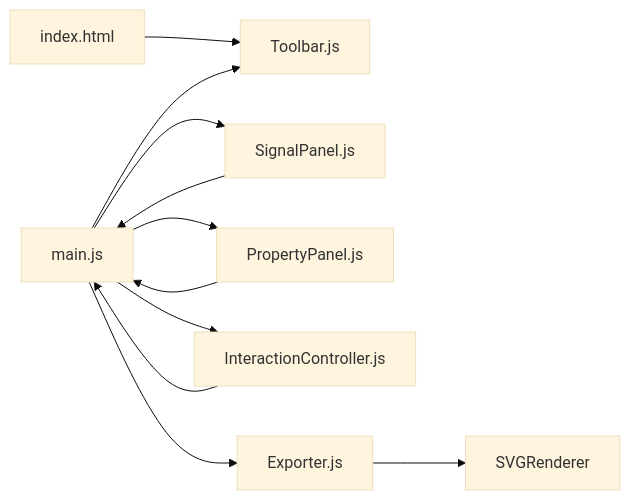
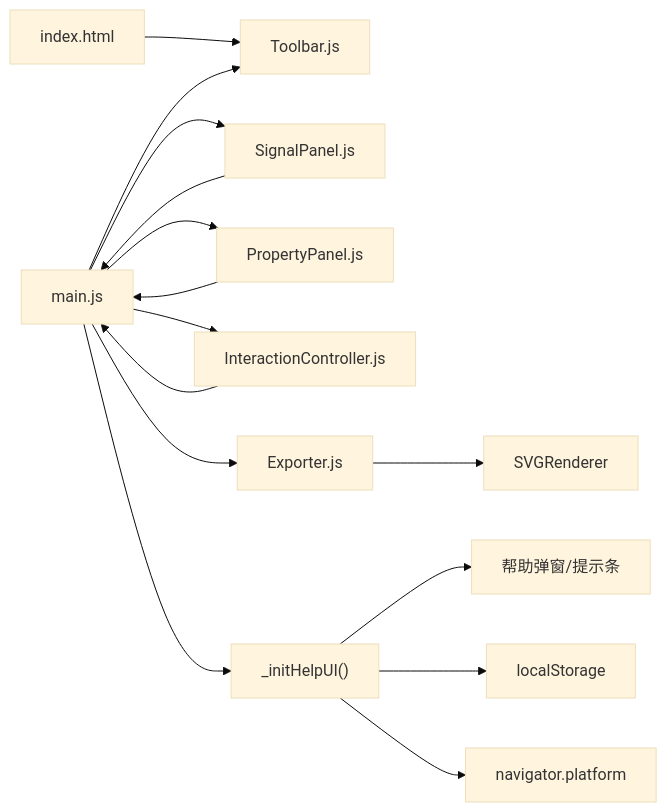
The sixth of 6 diagrams in .qoder/repowiki/zh/content/用户界面组件/工具栏组件.md (nht123456/waveform-editor), drawn with Mermaid (base theme) before and after one commit. The commit also changed other lines of this file and 12 other files, not shown here.

````diff
--- a/.qoder/repowiki/zh/content/用户界面组件/工具栏组件.md
+++ b/.qoder/repowiki/zh/content/用户界面组件/工具栏组件.md
@@ -258,13 +299,17 @@
 ```mermaid
 graph LR
 HTML["index.html"] --> Toolbar["Toolbar.js"]
 Main["main.js"] --> Toolbar
 Main --> SignalPanel["SignalPanel.js"]
 Main --> PropertyPanel["PropertyPanel.js"]
 Main --> Interaction["InteractionController.js"]
 Main --> Exporter["Exporter.js"]
 Exporter --> Renderer["SVGRenderer"]
 SignalPanel --> Main
 PropertyPanel --> Main
 Interaction --> Main
+Main --> HelpSystem["_initHelpUI()"]
+HelpSystem --> DOMElements["帮助弹窗/提示条"]
+HelpSystem --> LocalStorage["localStorage"]
+HelpSystem --> PlatformDetection["navigator.platform"]
 ```
````
